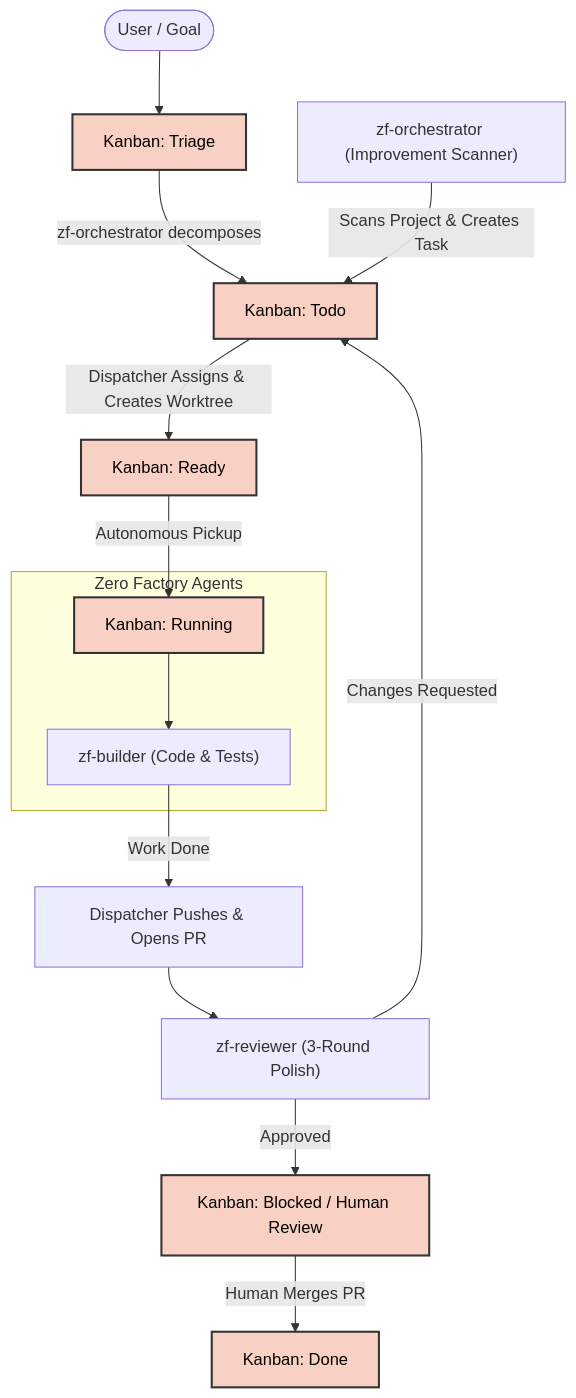
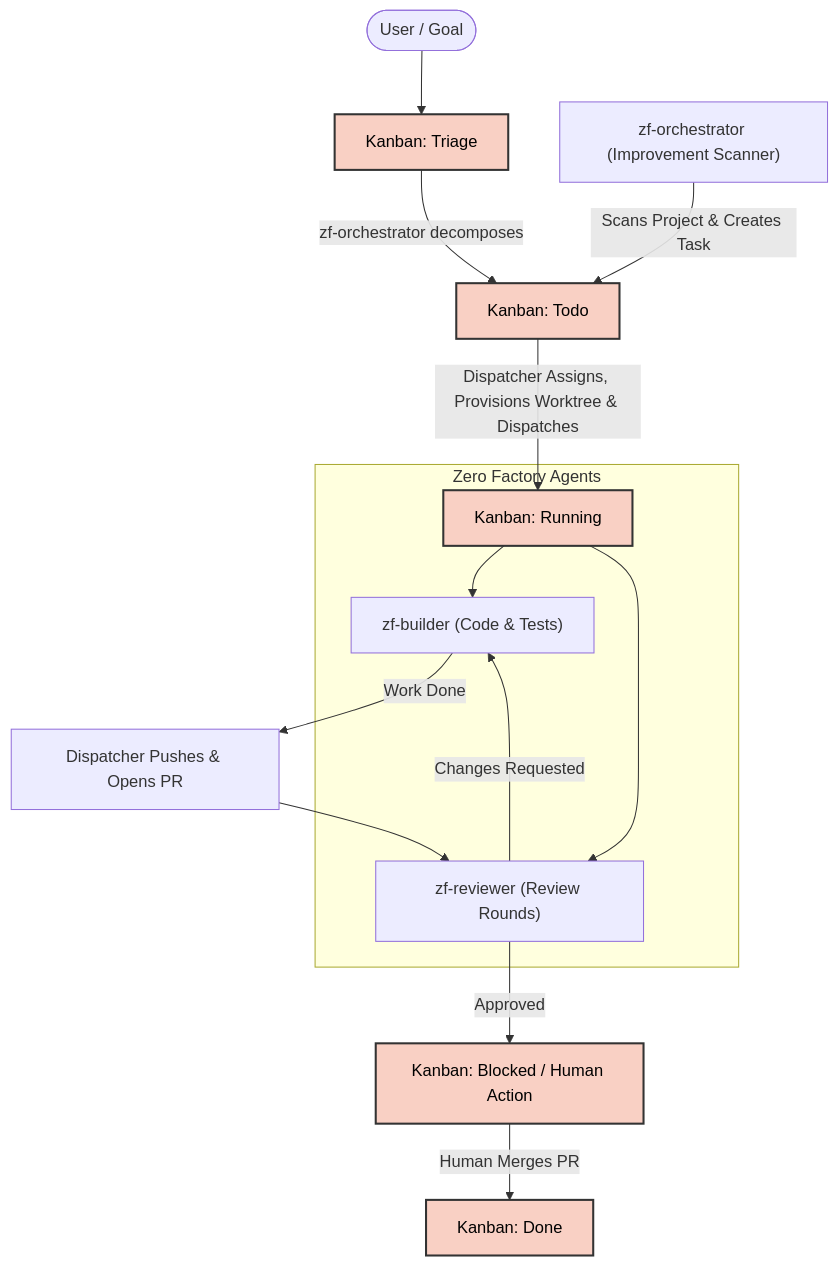
One commit to hotcode-dev/zerofactory changed the diagram in README.md. Above: the diagram before and after it, drawn with Mermaid. The commit also changed other lines of this file and 12 other files, not shown here.

````diff
--- a/README.md
+++ b/README.md
@@ -5,20 +5,20 @@
 ```mermaid
 graph TD
     classDef kanban fill:#f9d0c4,stroke:#333,stroke-width:2px,color:#000;
     
     User([User / Goal]) --> Triage[Kanban: Triage]:::kanban
     Triage -->|zf-orchestrator decomposes| Todo[Kanban: Todo]:::kanban
     Scanner["zf-orchestrator (Improvement Scanner)"] -->|Scans Project & Creates Task| Todo
-    Todo -->|Dispatcher Assigns & Creates Worktree| Ready[Kanban: Ready]:::kanban
-    Ready -->|Autonomous Pickup| Running[Kanban: Running]:::kanban
+    Todo -->|Dispatcher Assigns, Provisions Worktree & Dispatches| Running[Kanban: Running]:::kanban
     
     subgraph Zero Factory Agents
         Running --> Builder["zf-builder (Code & Tests)"]
+        Running --> Reviewer["zf-reviewer (Review Rounds)"]
     end
     
     Builder -->|Work Done| PR[Dispatcher Pushes & Opens PR]
-    PR --> Reviewer["zf-reviewer (3-Round Polish)"]
-    Reviewer -->|Changes Requested| Todo
-    Reviewer -->|Approved| Blocked[Kanban: Blocked / Human Review]:::kanban
+    PR --> Reviewer
+    Reviewer -->|Changes Requested| Builder
+    Reviewer -->|Approved| Blocked[Kanban: Blocked / Human Action]:::kanban
     Blocked -->|Human Merges PR| Done[Kanban: Done]:::kanban
 ```
````
